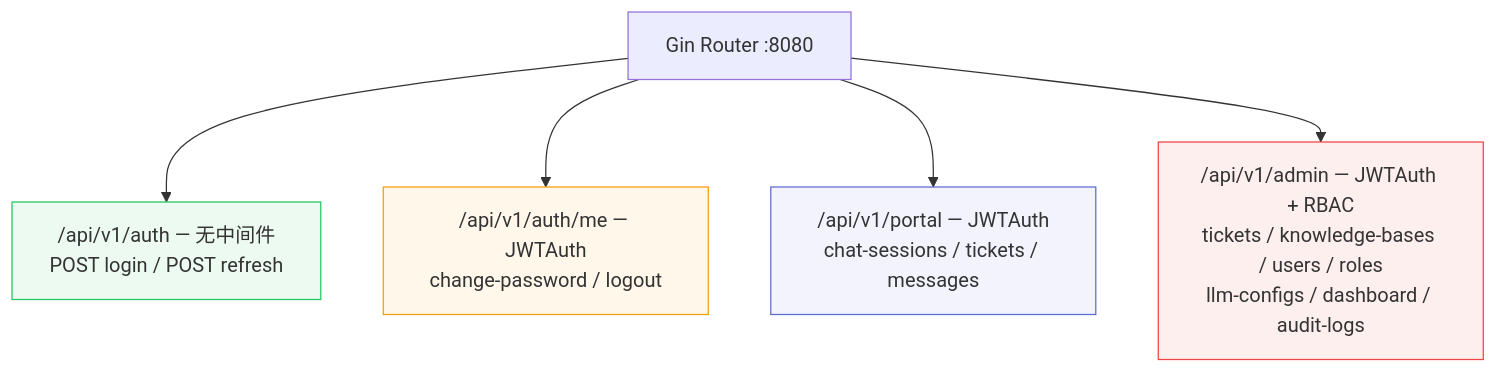
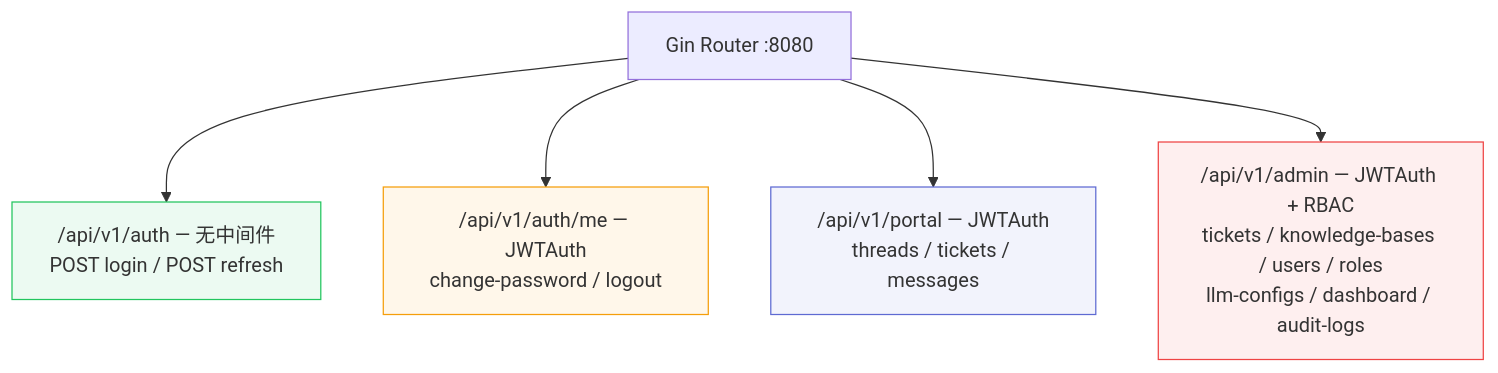
The second of 2 diagrams in docs/FLOW/README.md (int2t05/Cognik), drawn with Mermaid before and after one commit. The commit also changed 19 other files, not shown here.

````diff
--- a/docs/FLOW/README.md
+++ b/docs/FLOW/README.md
@@ -35,13 +35,13 @@
 ```mermaid
 flowchart TD
     R["Gin Router :8080"]
     R --> Public["/api/v1/auth — 无中间件<br/>POST login / POST refresh"]
     R --> AuthMe["/api/v1/auth/me — JWTAuth<br/>change-password / logout"]
-    R --> Portal["/api/v1/portal — JWTAuth<br/>chat-sessions / tickets / messages"]
+    R --> Portal["/api/v1/portal — JWTAuth<br/>threads / tickets / messages"]
     R --> Admin["/api/v1/admin — JWTAuth + RBAC<br/>tickets / knowledge-bases / users / roles<br/>llm-configs / dashboard / audit-logs"]
 
     style Public fill:#22c55e15,stroke:#22c55e
     style AuthMe fill:#f59e0b15,stroke:#f59e0b
     style Portal fill:#5e6ad215,stroke:#5e6ad2
     style Admin fill:#ef444415,stroke:#ef4444
 ```
````
